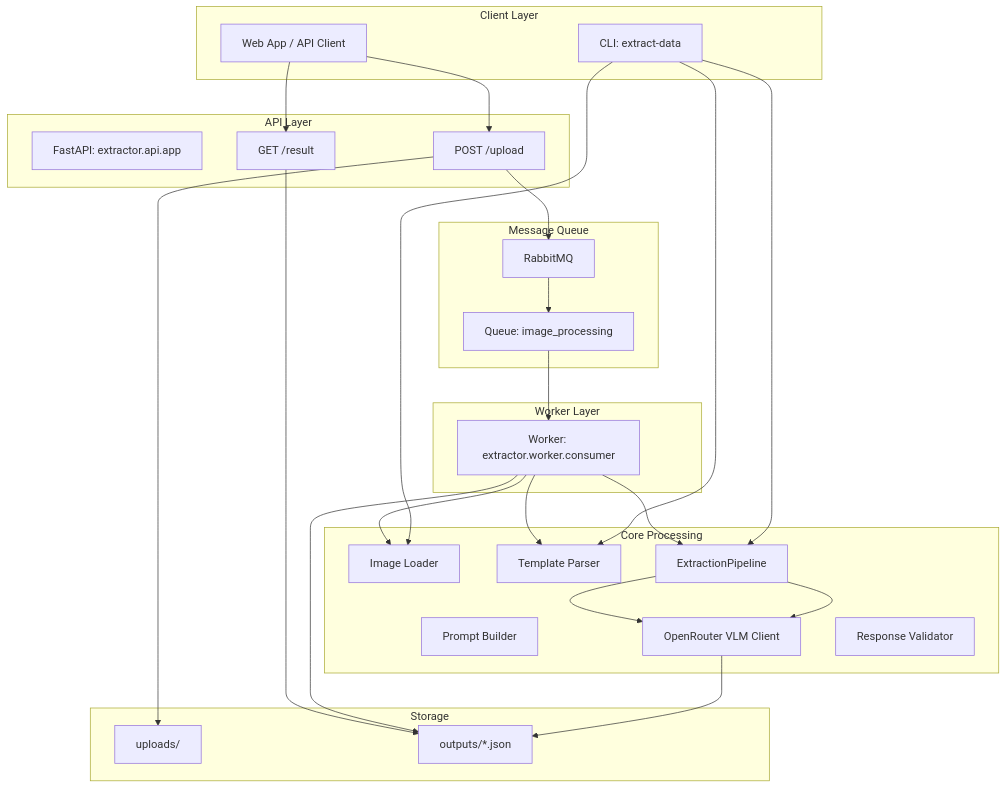
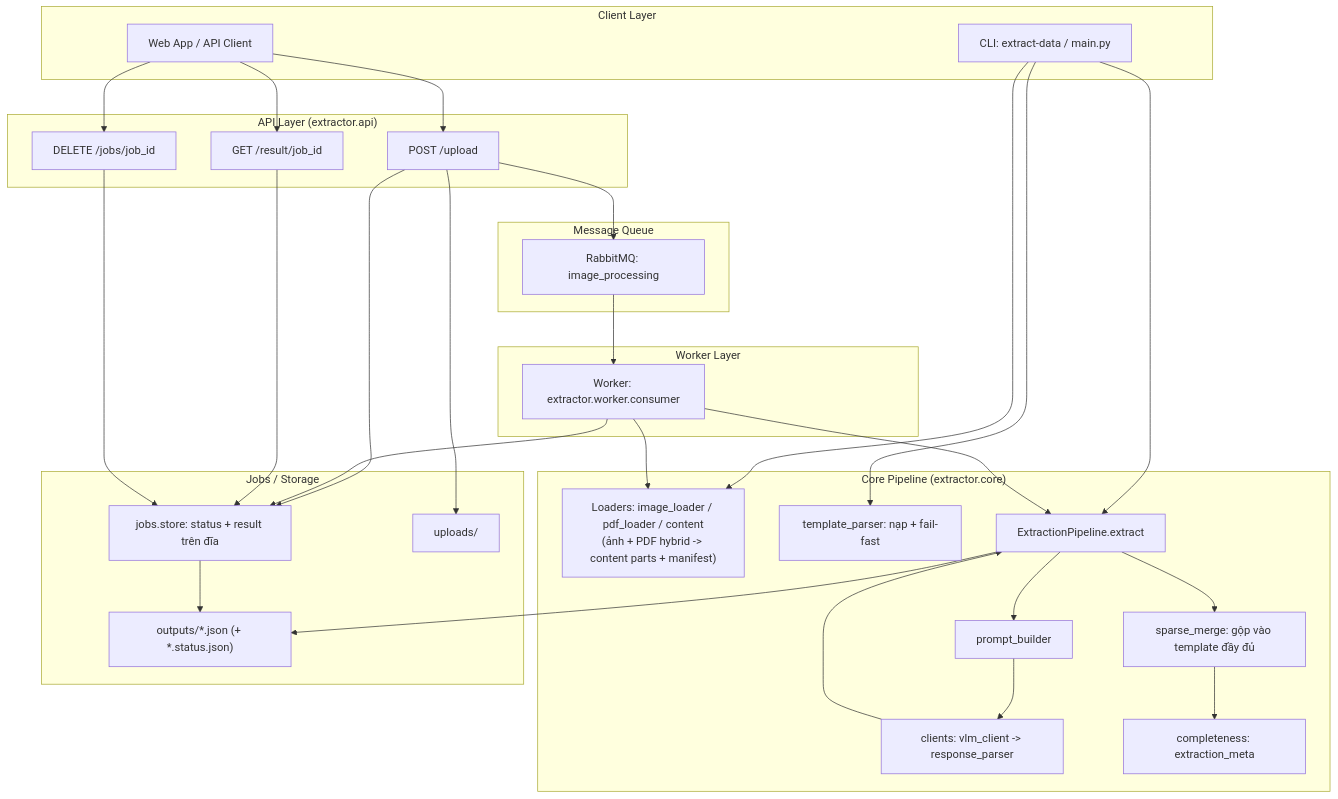
The first of 2 diagrams in README.md (108-PJIOrthoGen/Extract_Images), drawn with Mermaid before and after one commit. The commit also changed other lines of this file, not shown here.

Commit message:
docs: rewrite README with PDF hybrid support, output structure, extraction_meta, and updated architecture

````diff
--- a/README.md
+++ b/README.md
@@ -175,57 +380,56 @@
 ```mermaid
 graph TB
     subgraph "Client Layer"
-        CLI[CLI: extract-data]
+        CLI[CLI: extract-data / main.py]
         WEB[Web App / API Client]
     end
 
-    subgraph "API Layer"
-        API[FastAPI: extractor.api.app]
+    subgraph "API Layer (extractor.api)"
         UPLOAD[POST /upload]
-        RESULT[GET /result]
+        RESULT[GET /result/job_id]
+        CANCEL[DELETE /jobs/job_id]
     end
 
     subgraph "Message Queue"
-        MQ[RabbitMQ]
-        QUEUE[Queue: image_processing]
+        MQ[RabbitMQ: image_processing]
     end
 
     subgraph "Worker Layer"
         WORKER[Worker: extractor.worker.consumer]
     end
 
-    subgraph "Core Processing"
-        LOADER[Image Loader]
-        TEMPLATE[Template Parser]
-        BUILDER[Prompt Builder]
-        VLM[OpenRouter VLM Client]
-        VALIDATOR[Response Validator]
-        PIPELINE[ExtractionPipeline]
+    subgraph "Core Pipeline (extractor.core)"
+        LOADER["Loaders: image_loader / pdf_loader / content<br/>(ảnh + PDF hybrid -> content parts + manifest)"]
+        TEMPLATE[template_parser: nạp + fail-fast]
+        PIPELINE[ExtractionPipeline.extract]
+        BUILDER[prompt_builder]
+        VLM["clients: vlm_client -> response_parser"]
+        MERGE[sparse_merge: gộp vào template đầy đủ]
+        META[completeness: extraction_meta]
     end
 
-    subgraph "Storage"
+    subgraph "Jobs / Storage"
+        JOBS["jobs.store: status + result trên đĩa"]
         UPLOAD_DIR[uploads/]
-        OUTPUTS[outputs/*.json]
+        OUTPUTS["outputs/*.json (+ *.status.json)"]
     end
 
-    %% CLI Flow
+    %% Shared core pipeline (CLI gọi trực tiếp, đồng bộ)
     CLI --> LOADER
     CLI --> TEMPLATE
     CLI --> PIPELINE
-    PIPELINE --> VLM
-    VLM --> OUTPUTS
+    PIPELINE --> BUILDER --> VLM --> PIPELINE
+    PIPELINE --> MERGE --> META
+    PIPELINE --> OUTPUTS
 
-    %% API Flow
-    WEB --> UPLOAD
-    UPLOAD --> UPLOAD_DIR
-    UPLOAD --> MQ
-    MQ --> QUEUE
-    QUEUE --> WORKER
+    %% API / Worker flow (bất đồng bộ qua queue)
+    WEB --> UPLOAD --> UPLOAD_DIR
+    UPLOAD --> JOBS
+    UPLOAD --> MQ --> WORKER
     WORKER --> LOADER
-    WORKER --> TEMPLATE
     WORKER --> PIPELINE
-    PIPELINE --> VLM
-    WORKER --> OUTPUTS
-    WEB --> RESULT
-    RESULT --> OUTPUTS
+    WORKER --> JOBS
+    JOBS --> OUTPUTS
+    WEB --> RESULT --> JOBS
+    WEB --> CANCEL --> JOBS
 ```
````
